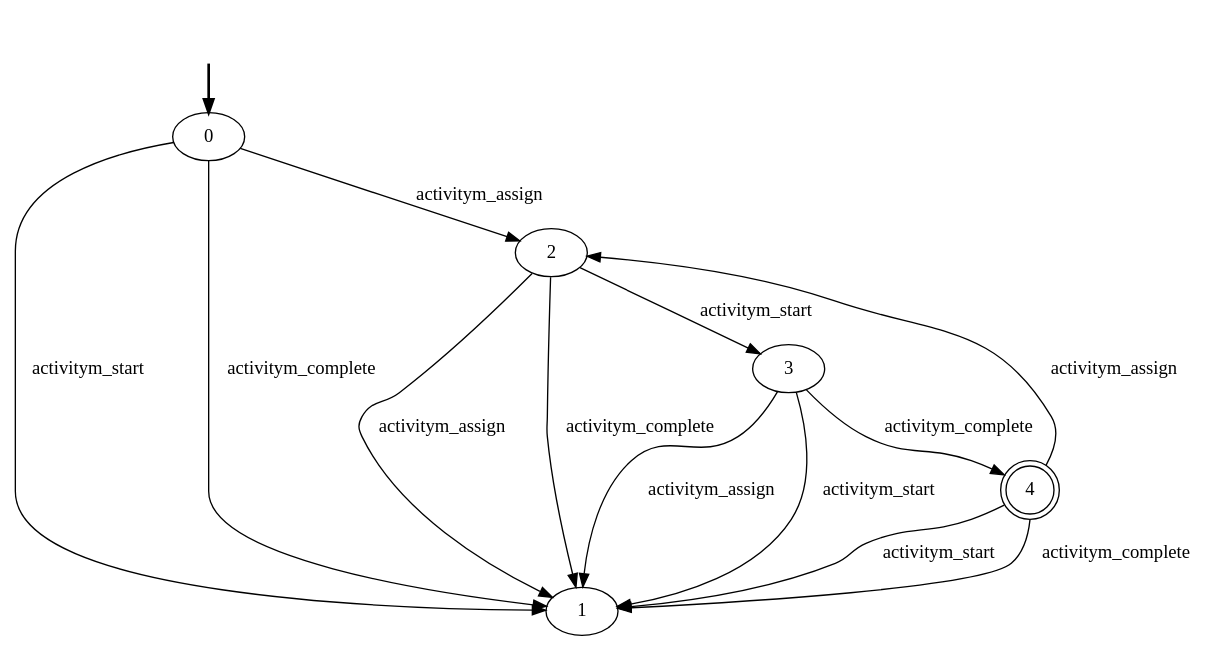
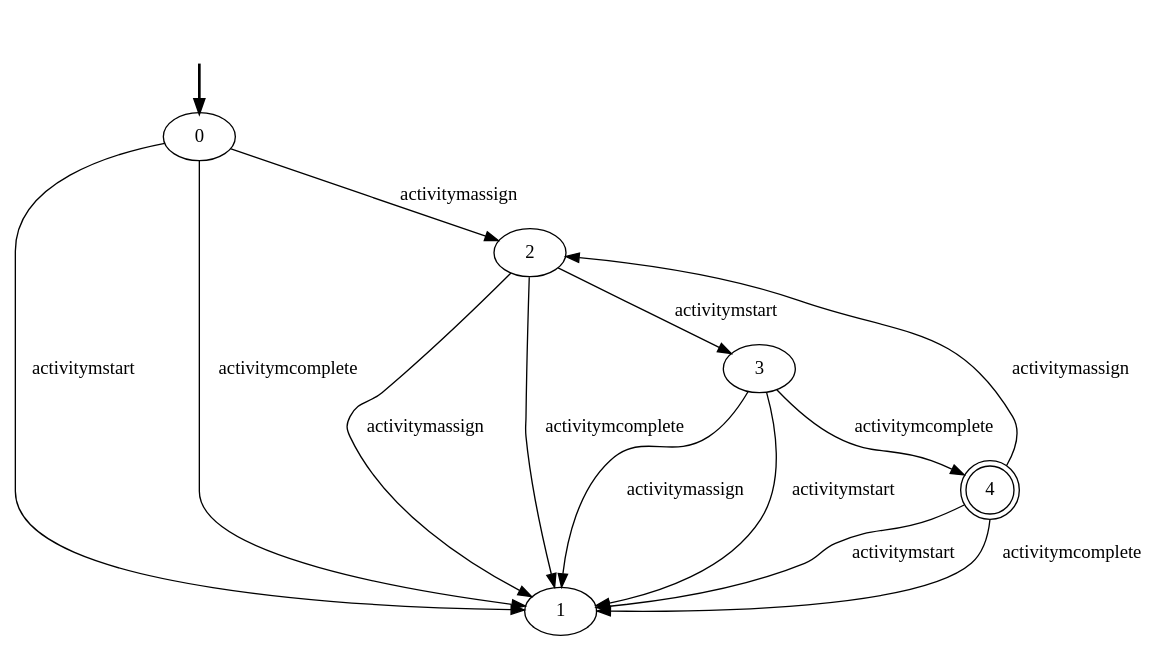
The diagram in Plan-based_Data_Aware_Declarative_Conf_Checker/resources/declarative-models/Data-Aware/5-CONSTRAINTS/activitym_lifecycle.dot (GianmarcoBordin/pddlTranslator), drawn with Graphviz before and after one commit. The commit also changed 246 other files, not shown here.

```diff
--- a/Plan-based_Data_Aware_Declarative_Conf_Checker/resources/declarative-models/Data-Aware/5-CONSTRAINTS/activitym_lifecycle.dot
+++ b/Plan-based_Data_Aware_Declarative_Conf_Checker/resources/declarative-models/Data-Aware/5-CONSTRAINTS/activitym_lifecycle.dot
@@ -1,21 +1,21 @@
 digraph {
-		fake0 [style=invisible]
-		0 [root=true]
-		1
-		2
-		3
-		4 [shape=doublecircle]
-		fake0 -> 0 [style=bold]
-		2 -> 1 [label=activitym_assign]
-		2 -> 3 [label=activitym_start]
-		2 -> 1 [label=activitym_complete]
-		3 -> 1 [label=activitym_assign]
-		3 -> 1 [label=activitym_start]
-		3 -> 4 [label=activitym_complete]
-		4 -> 2 [label=activitym_assign]
-		4 -> 1 [label=activitym_start]
-		4 -> 1 [label=activitym_complete]
-		0 -> 2 [label=activitym_assign]
-		0 -> 1 [label=activitym_start]
-		0 -> 1 [label=activitym_complete]
+	fake0 [style=invisible]
+	0 [root=true]
+	1
+	2
+	3
+	4 [shape=doublecircle]
+	fake0 -> 0 [style=bold]
+	2 -> 1 [label=activitymassign]
+	2 -> 3 [label=activitymstart]
+	2 -> 1 [label=activitymcomplete]
+	3 -> 1 [label=activitymassign]
+	3 -> 1 [label=activitymstart]
+	3 -> 4 [label=activitymcomplete]
+	4 -> 2 [label=activitymassign]
+	4 -> 1 [label=activitymstart]
+	4 -> 1 [label=activitymcomplete]
+	0 -> 2 [label=activitymassign]
+	0 -> 1 [label=activitymstart]
+	0 -> 1 [label=activitymcomplete]
 }
```
